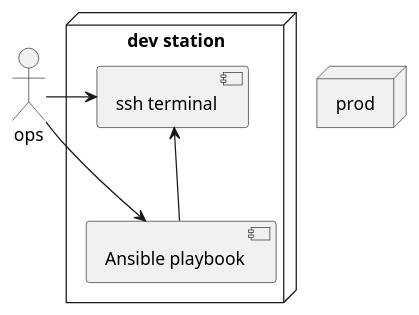
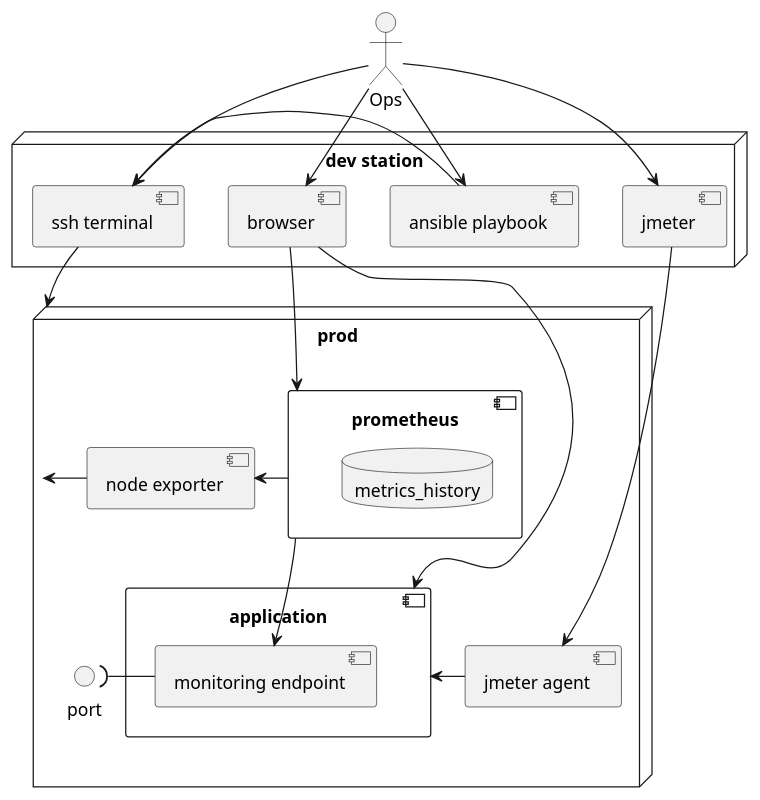
One commit to zdvpr/java-application-monitoring-and-troubleshooting changed the diagram in README.md. Above: the diagram before and after it, drawn with PlantUML. The commit also changed other lines of this file, not shown here.

Commit message:
Add infrastructure architecture overview visuals.

````diff
--- a/README.md
+++ b/README.md
@@ -179,15 +178,45 @@
 ```puml
+@startuml
 node "dev station" as devstation {
- [Ansible playbook] as ansible 
  [ssh terminal] as terminal
- ansible -up-> terminal
+ [ansible playbook] as ansible
+ [browser]
+ [jmeter]
+
+ ansible -> terminal
 }
 
-actor ops 
-ops -right-> ansible
-ops -right-> terminal
+actor Ops as ops
+ops --> ansible
+ops --> terminal
+ops --> browser
+ops --> jmeter
 
 node prod {
- 
+ [jmeter agent] as jmeter_agent
+ [node exporter] as node_exporter
+
+ component [application] {
+  [monitoring endpoint] as monitor
+ }
+
+ component [prometheus] {
+  database metrics_history
+ }
+
+ prometheus --> monitor
+ prometheus -> node_exporter
+
+ jmeter_agent -> application
+ node_exporter -> prod
+
+ interface port
+ monitor -( port
 }
+
+terminal --> prod
+browser --> prometheus
+browser --> application
+jmeter --> jmeter_agent
+@enduml
 ```
````
